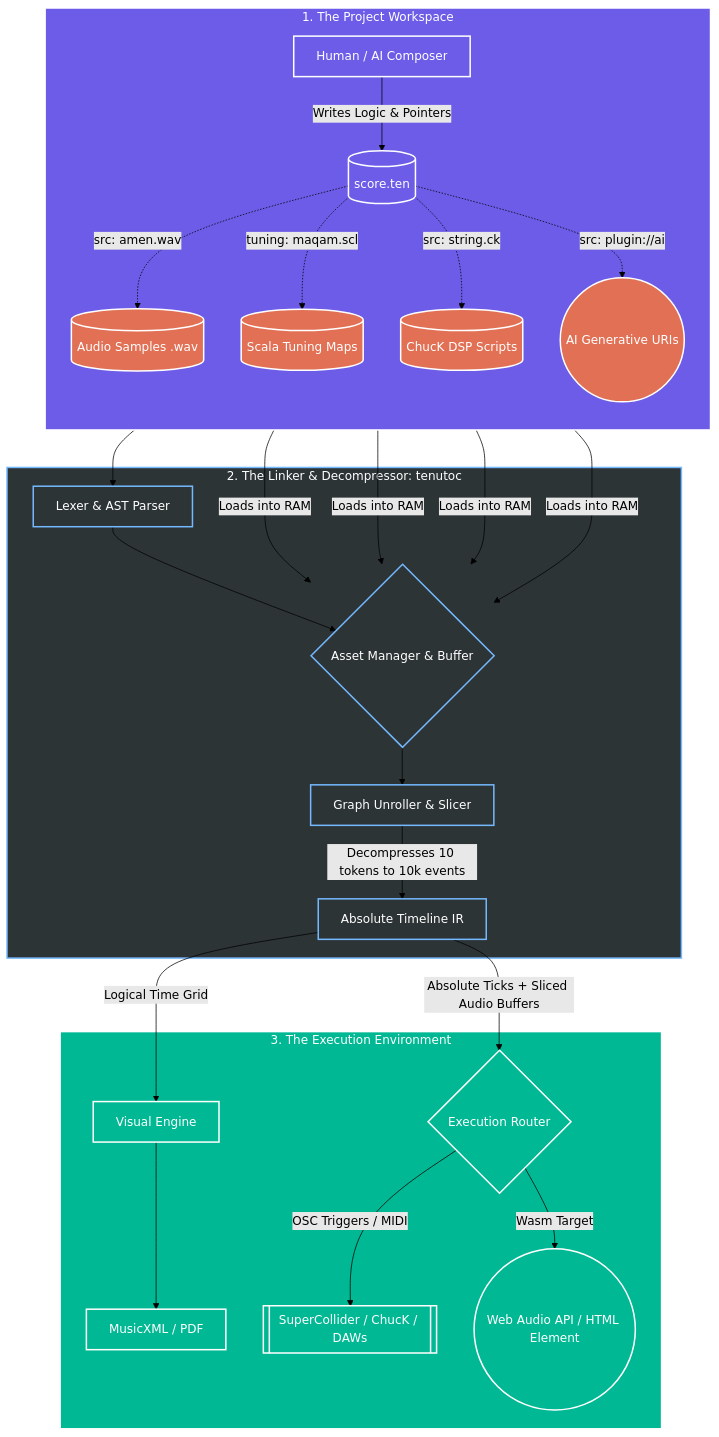
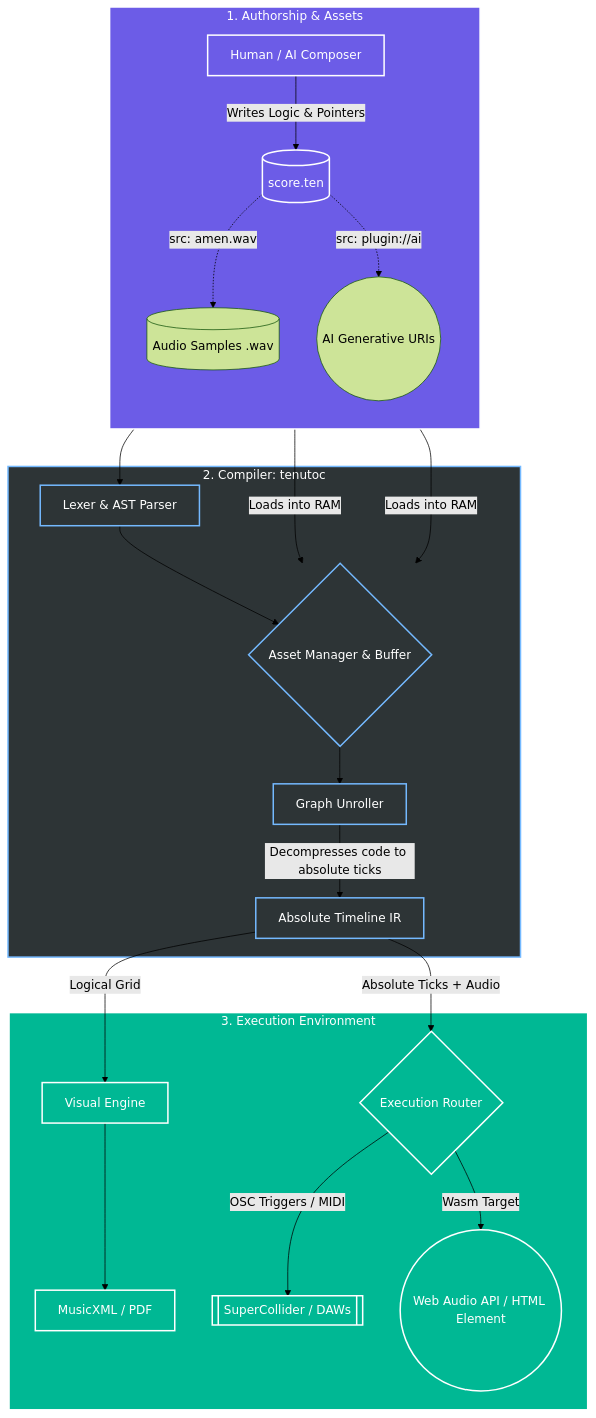
Before and after one commit to alec-borman/TenutoNotationLanguage: the diagram in README.md, drawn with Mermaid (forest theme). The commit also changed other lines of this file, not shown here.

````diff
--- a/README.md
+++ b/README.md
@@ -71,50 +56,36 @@
 ```mermaid
 graph TD
-    %% --- 1. THE WORKSPACE (Authoring & Assets) ---
-    subgraph Workspace [1. The Project Workspace]
+    %% --- 1. THE WORKSPACE ---
+    subgraph Workspace [1. Authorship & Assets]
         direction TB
         Composer[Human / AI Composer] -->|Writes Logic & Pointers| Source[(score.ten)]
-        
         Source -.->|src: amen.wav| Samples[(Audio Samples .wav)]
-        Source -.->|tuning: maqam.scl| Tuning[(Scala Tuning Maps)]
-        Source -.->|src: string.ck| Scripts[(ChucK DSP Scripts)]
         Source -.->|src: plugin://ai| Plugins((AI Generative URIs))
     end
 
-    %% --- 2. THE COMPILER (Linker & Decompressor) ---
-    subgraph Compiler [2. The Linker & Decompressor: tenutoc]
+    %% --- 2. THE COMPILER ---
+    subgraph Compiler [2. Compiler: tenutoc]
         Source --> Parse[Lexer & AST Parser]
-        
         Parse --> AssetMgr{Asset Manager & Buffer}
-        Samples & Tuning & Scripts & Plugins -->|Loads into RAM| AssetMgr
-        
-        AssetMgr --> Unroller[Graph Unroller & Slicer]
-        Unroller -->|Decompresses 10 tokens to 10k events| IR[Absolute Timeline IR]
+        Samples & Plugins -->|Loads into RAM| AssetMgr
+        AssetMgr --> Unroller[Graph Unroller]
+        Unroller -->|Decompresses code to absolute ticks| IR[Absolute Timeline IR]
     end
 
-    %% --- 3. THE EXECUTION DOMAIN (Machines & Browsers) ---
-    subgraph Execution [3. The Execution Environment]
-        IR -->|Logical Time Grid| Vis[Visual Engine] 
-        Vis --> XML[MusicXML / PDF]
-        
-        IR -->|Absolute Ticks + Sliced Audio Buffers| AudioRouter{Execution Router}
-        
-        %% Addendum A: Pro Audio
-        AudioRouter -->|OSC Triggers / MIDI| ProAudio[[SuperCollider / ChucK / DAWs]]
-        
-        %% Addendum B: Zero-Friction Web
+    %% --- 3. THE EXECUTION DOMAIN ---
+    subgraph Execution [3. Execution Environment]
+        IR -->|Logical Grid| Vis[Visual Engine] --> XML[MusicXML / PDF]
+        IR -->|Absolute Ticks + Audio| AudioRouter{Execution Router}
+        AudioRouter -->|OSC Triggers / MIDI| ProAudio[[SuperCollider / DAWs]]
         AudioRouter -->|Wasm Target| WebRuntime((Web Audio API / HTML Element))
     end
 
-    %% Styling
     classDef workspace fill:#6c5ce7,stroke:#fff,stroke-width:2px,color:#fff;
     classDef compiler fill:#2d3436,stroke:#74b9ff,stroke-width:2px,color:#fff;
     classDef execution fill:#00b894,stroke:#fff,stroke-width:2px,color:#fff;
-    classDef assets fill:#e17055,stroke:#fff,stroke-width:2px,color:#fff;
     
     class Workspace,Composer,Source workspace;
     class Compiler,Parse,AssetMgr,Unroller,IR compiler;
     class Execution,Vis,XML,AudioRouter,ProAudio,WebRuntime execution;
-    class Samples,Tuning,Scripts,Plugins assets;
 
 ```
````
